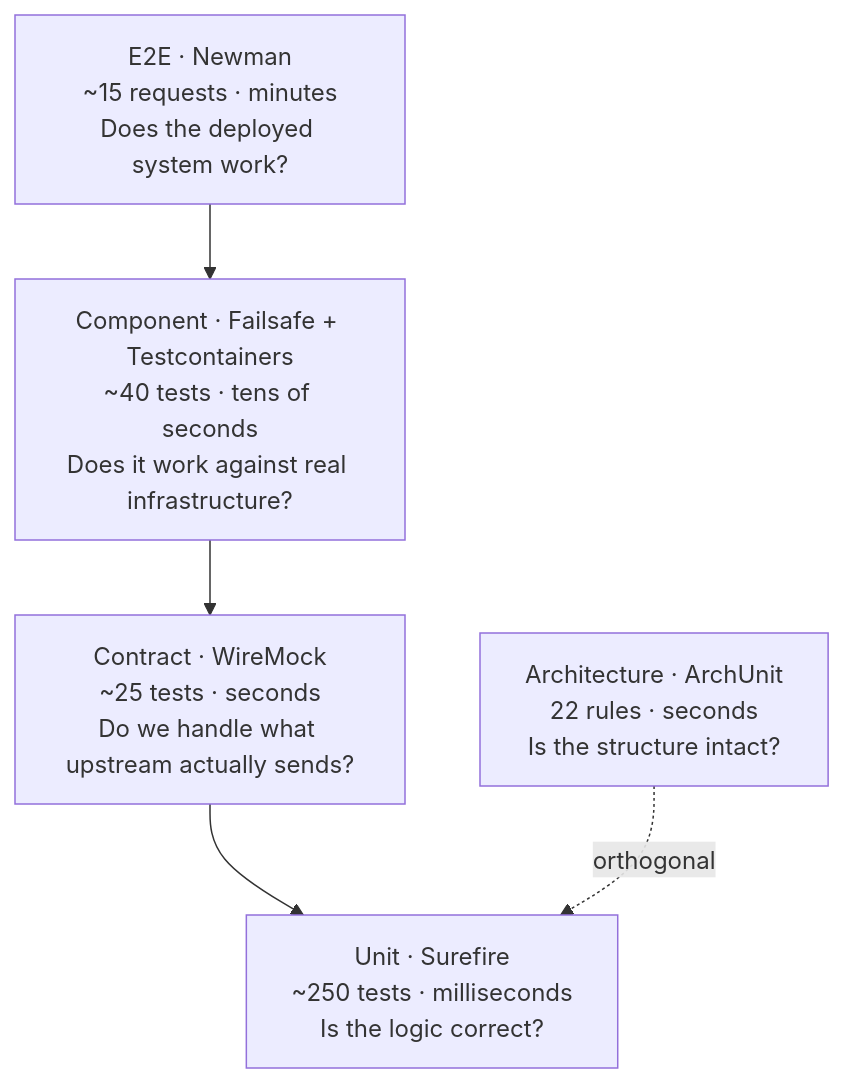
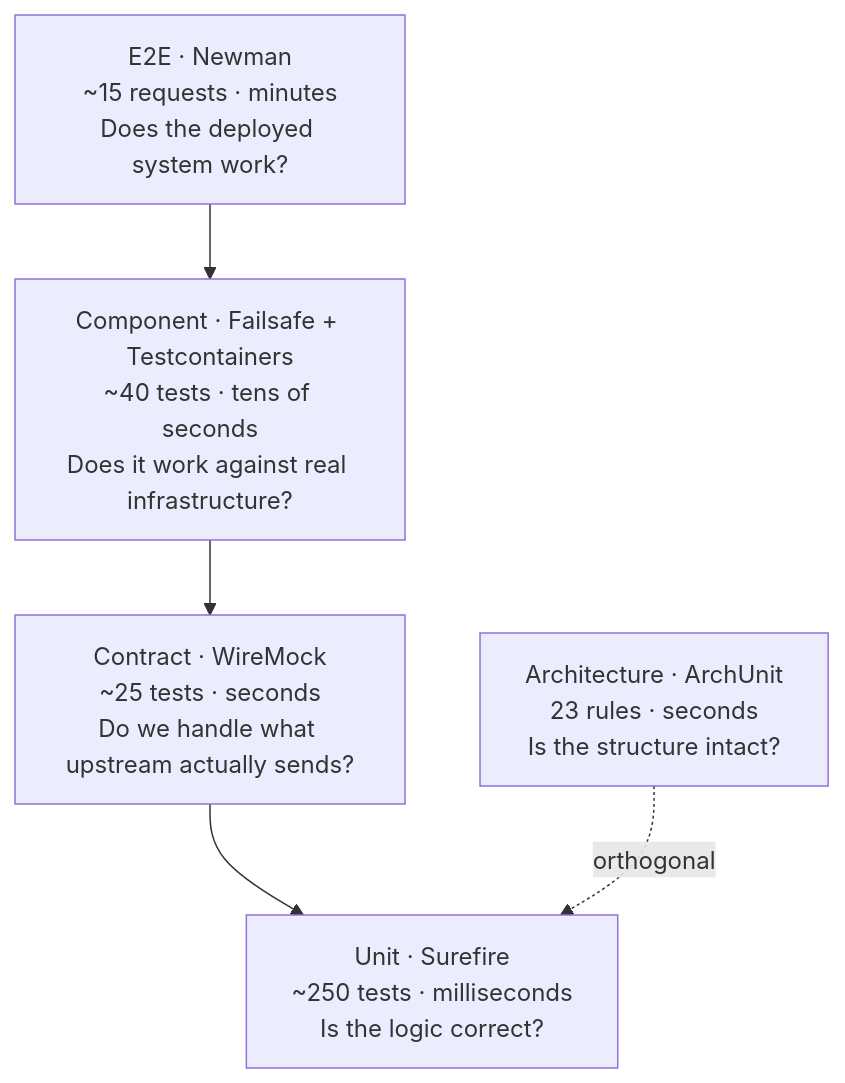
One commit to davidmtzenciso/pokedex-api changed the diagram in docs/handbook/testing-pyramid.md. Above: the diagram before and after it, drawn with Mermaid. The commit also changed 17 other files, not shown here.

````diff
--- a/docs/handbook/testing-pyramid.md
+++ b/docs/handbook/testing-pyramid.md
@@ -6,10 +6,10 @@
 ```mermaid
 flowchart TD
     E["E2E · Newman<br/>~15 requests · minutes<br/>Does the deployed system work?"]
     C["Component · Failsafe + Testcontainers<br/>~40 tests · tens of seconds<br/>Does it work against real infrastructure?"]
     I["Contract · WireMock<br/>~25 tests · seconds<br/>Do we handle what upstream actually sends?"]
     U["Unit · Surefire<br/>~250 tests · milliseconds<br/>Is the logic correct?"]
-    A["Architecture · ArchUnit<br/>22 rules · seconds<br/>Is the structure intact?"]
+    A["Architecture · ArchUnit<br/>23 rules · seconds<br/>Is the structure intact?"]
     E --> C --> I --> U
     A -.->|orthogonal| U
 ```
````
